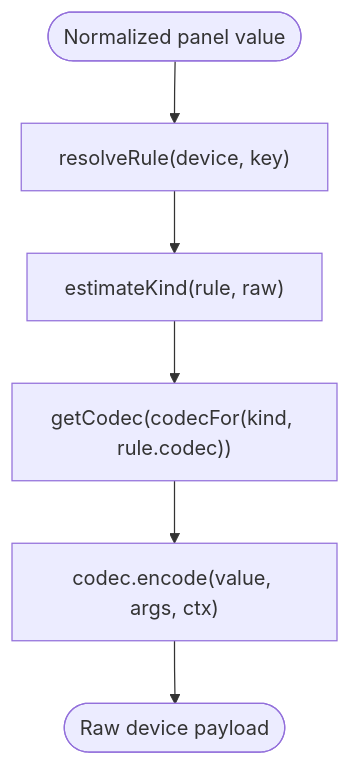
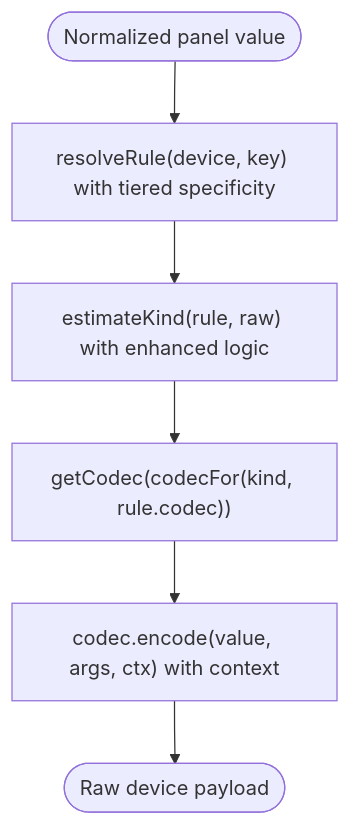
The fifth of 9 diagrams in .qoder/repowiki/en/content/Provider Development/Device Property Mapping.md (dlutwuwei/mihome-web), drawn with Mermaid before and after one commit. The commit also changed other lines of this file and 84 other files, not shown here.

````diff
--- a/.qoder/repowiki/en/content/Provider Development/Device Property Mapping.md
+++ b/.qoder/repowiki/en/content/Provider Development/Device Property Mapping.md
@@ -266,8 +267,8 @@
 ```mermaid
 flowchart TD
-Input(["Normalized panel value"]) --> Rule["resolveRule(device, key)"]
-Rule --> Estimate["estimateKind(rule, raw)"]
+Input(["Normalized panel value"]) --> Rule["resolveRule(device, key) with tiered specificity"]
+Rule --> Estimate["estimateKind(rule, raw) with enhanced logic"]
 Estimate --> Codec["getCodec(codecFor(kind, rule.codec))"]
-Codec --> Encode["codec.encode(value, args, ctx)"]
+Codec --> Encode["codec.encode(value, args, ctx) with context"]
 Encode --> Output(["Raw device payload"])
 ```
````
